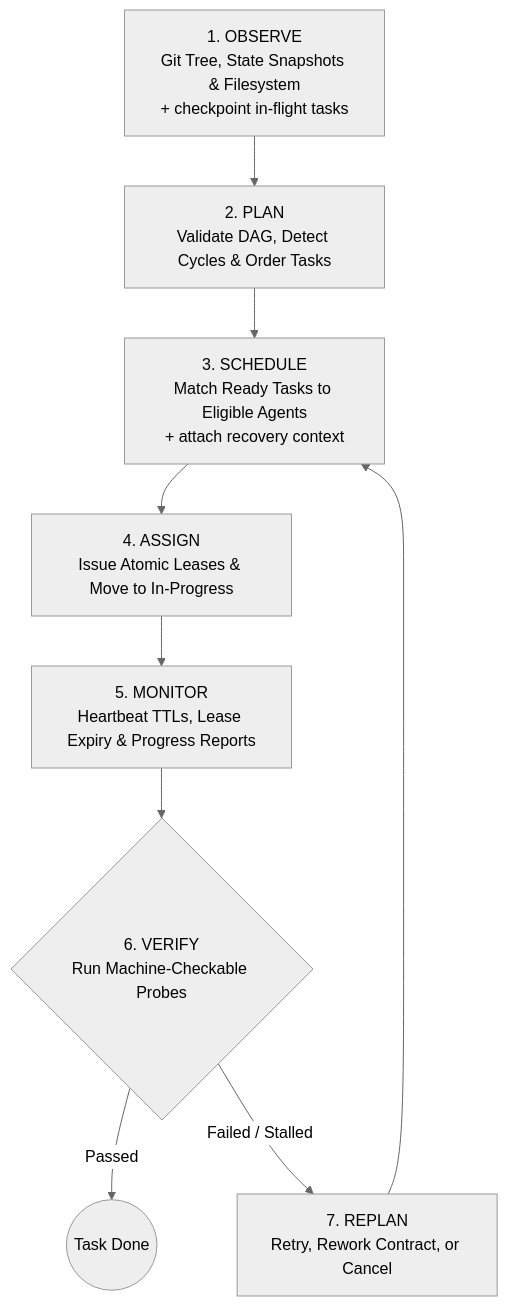
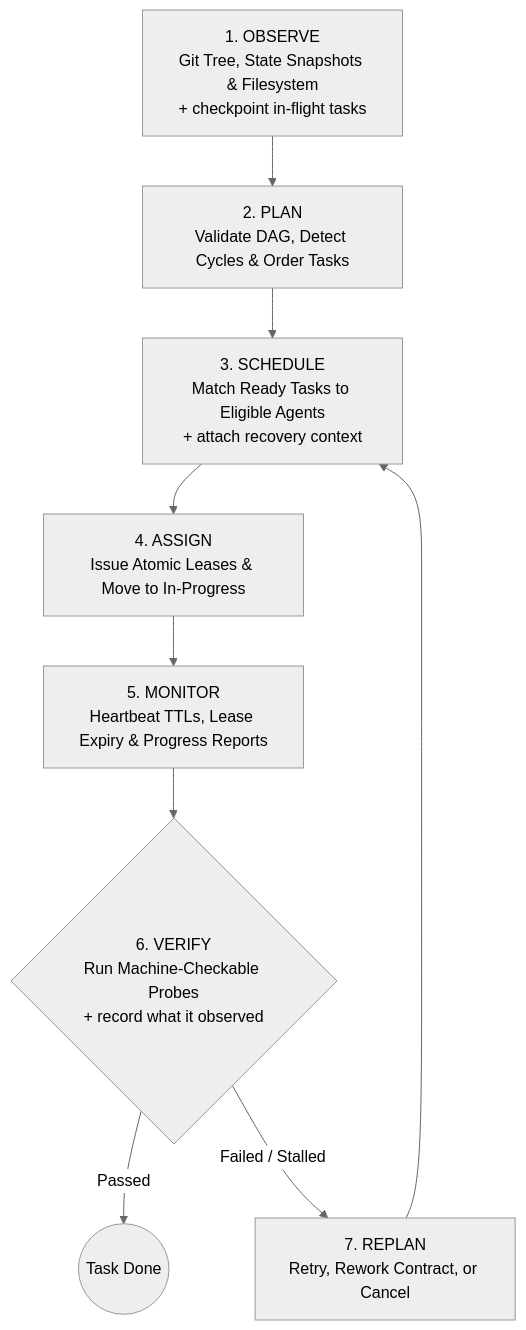
The diagram in README.md (abyyxhek/orqynn), drawn with Mermaid (neutral theme) before and after one commit. The commit also changed other lines of this file, not shown here.

````diff
--- a/README.md
+++ b/README.md
@@ -143,11 +155,11 @@
 ```mermaid
 flowchart TD
     OBS[1. OBSERVE<br/>Git Tree, State Snapshots & Filesystem<br/>+ checkpoint in-flight tasks] --> PLAN[2. PLAN<br/>Validate DAG, Detect Cycles & Order Tasks]
     PLAN --> SCHED[3. SCHEDULE<br/>Match Ready Tasks to Eligible Agents<br/>+ attach recovery context]
     SCHED --> ASSIGN[4. ASSIGN<br/>Issue Atomic Leases & Move to In-Progress]
     ASSIGN --> MON[5. MONITOR<br/>Heartbeat TTLs, Lease Expiry & Progress Reports]
-    MON --> VERIFY{6. VERIFY<br/>Run Machine-Checkable Probes}
+    MON --> VERIFY{6. VERIFY<br/>Run Machine-Checkable Probes<br/>+ record what it observed}
     VERIFY -- Passed --> DONE((Task Done))
     VERIFY -- Failed / Stalled --> REPLAN[7. REPLAN<br/>Retry, Rework Contract, or Cancel]
     REPLAN --> SCHED
 ```
````
